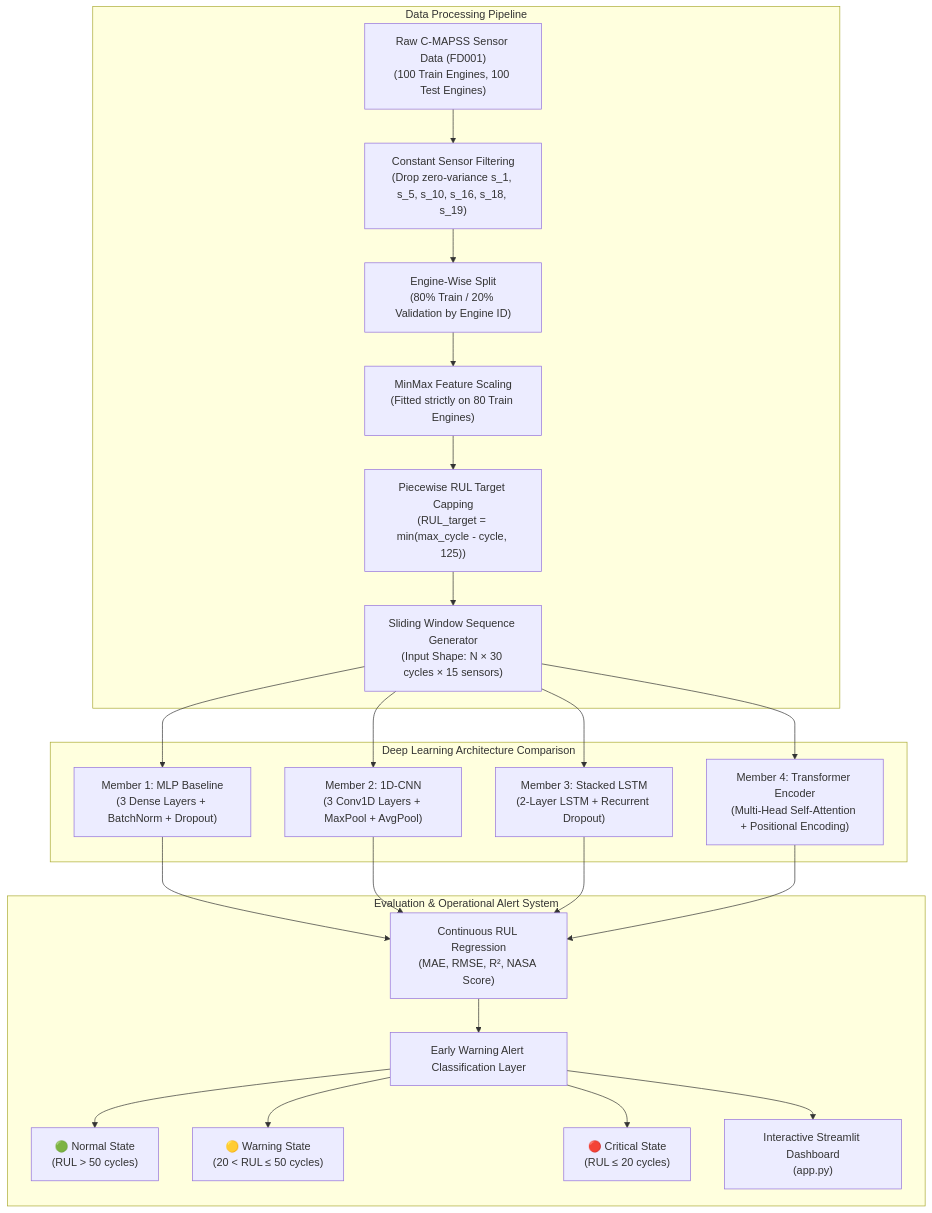
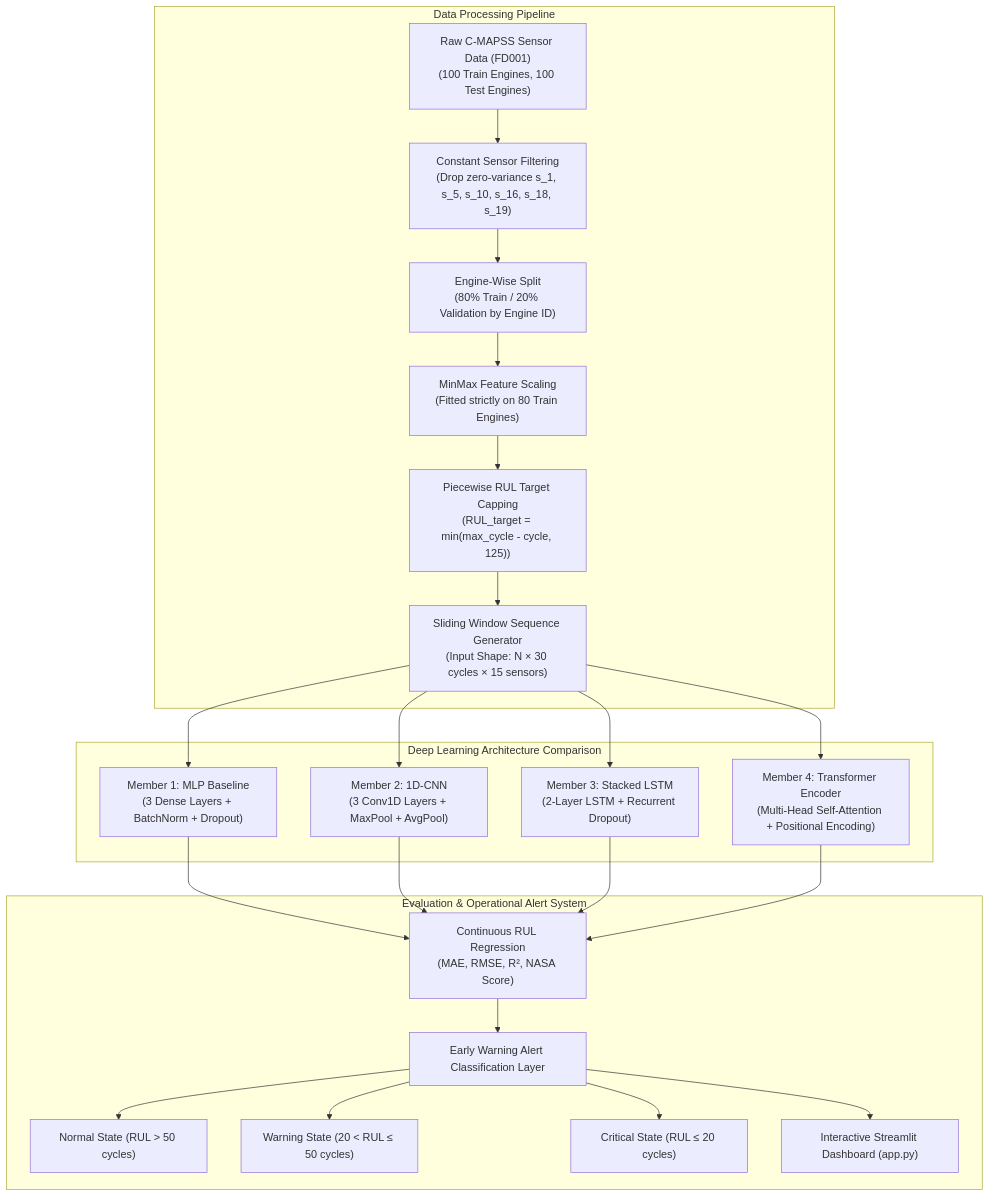
The diagram in README.md (RishiK1706/predictive-maintenance-cmapss), drawn with Mermaid before and after one commit. The commit also changed other lines of this file, not shown here.

````diff
--- a/README.md
+++ b/README.md
@@ -22,26 +17,26 @@
 ```mermaid
 flowchart TD
     subgraph Data Processing Pipeline
         A["Raw C-MAPSS Sensor Data (FD001)<br>(100 Train Engines, 100 Test Engines)"] --> B["Constant Sensor Filtering<br>(Drop zero-variance s_1, s_5, s_10, s_16, s_18, s_19)"]
         B --> C["Engine-Wise Split<br>(80% Train / 20% Validation by Engine ID)"]
         C --> D["MinMax Feature Scaling<br>(Fitted strictly on 80 Train Engines)"]
         D --> E["Piecewise RUL Target Capping<br>(RUL_target = min(max_cycle - cycle, 125))"]
         E --> F["Sliding Window Sequence Generator<br>(Input Shape: N × 30 cycles × 15 sensors)"]
     end
 
     subgraph Deep Learning Architecture Comparison
         F --> G1["Member 1: MLP Baseline<br>(3 Dense Layers + BatchNorm + Dropout)"]
         F --> G2["Member 2: 1D-CNN<br>(3 Conv1D Layers + MaxPool + AvgPool)"]
         F --> G3["Member 3: Stacked LSTM<br>(2-Layer LSTM + Recurrent Dropout)"]
         F --> G4["Member 4: Transformer Encoder<br>(Multi-Head Self-Attention + Positional Encoding)"]
     end
 
     subgraph Evaluation & Operational Alert System
         G1 & G2 & G3 & G4 --> H["Continuous RUL Regression<br>(MAE, RMSE, R², NASA Score)"]
         H --> I["Early Warning Alert Classification Layer"]
-        I --> J1["🟢 Normal State<br>(RUL > 50 cycles)"]
-        I --> J2["🟡 Warning State<br>(20 < RUL ≤ 50 cycles)"]
-        I --> J3["🔴 Critical State<br>(RUL ≤ 20 cycles)"]
-        I --> K["Interactive Streamlit Dashboard<br>(app.py)"]
+        I --> J1["Normal State (RUL > 50 cycles)"]
+        I --> J2["Warning State (20 < RUL ≤ 50 cycles)"]
+        I --> J3["Critical State (RUL ≤ 20 cycles)"]
+        I --> K["Interactive Streamlit Dashboard (app.py)"]
     end
 ```
````
